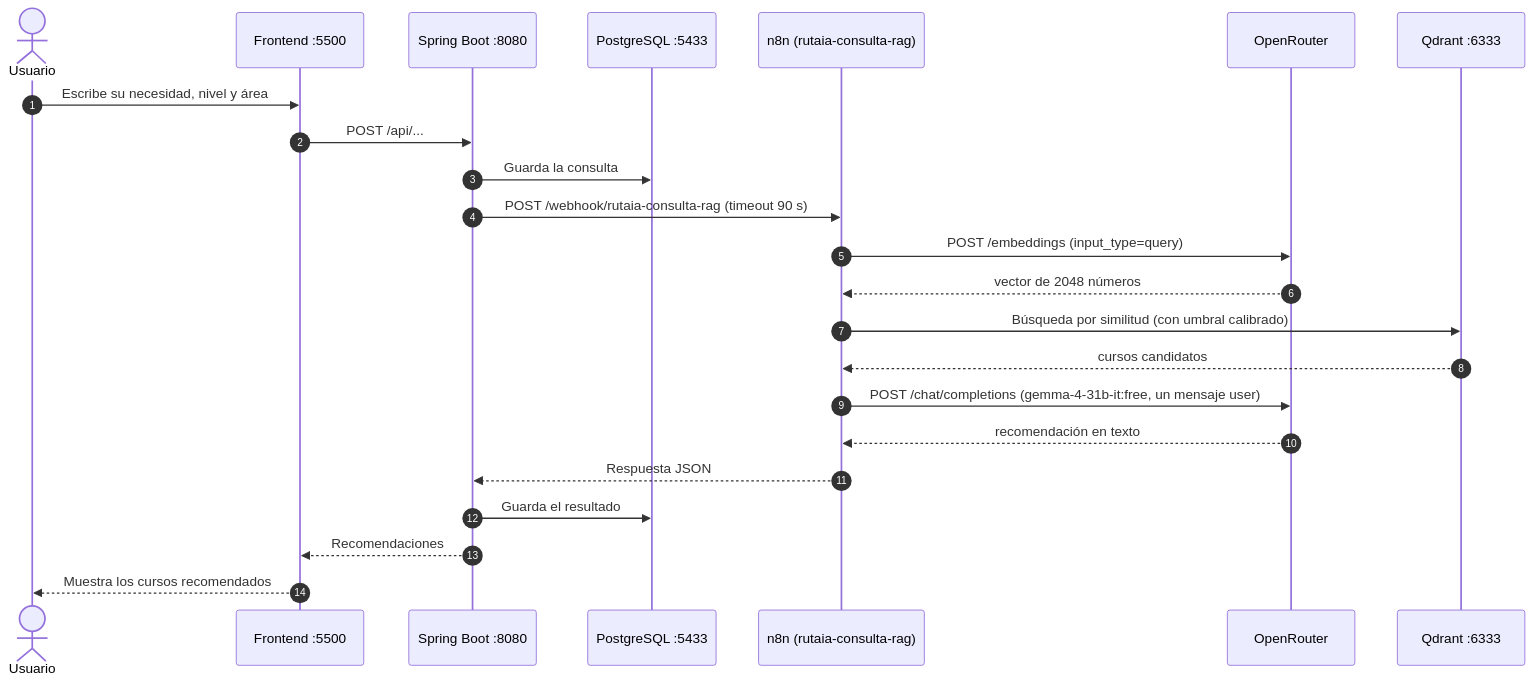
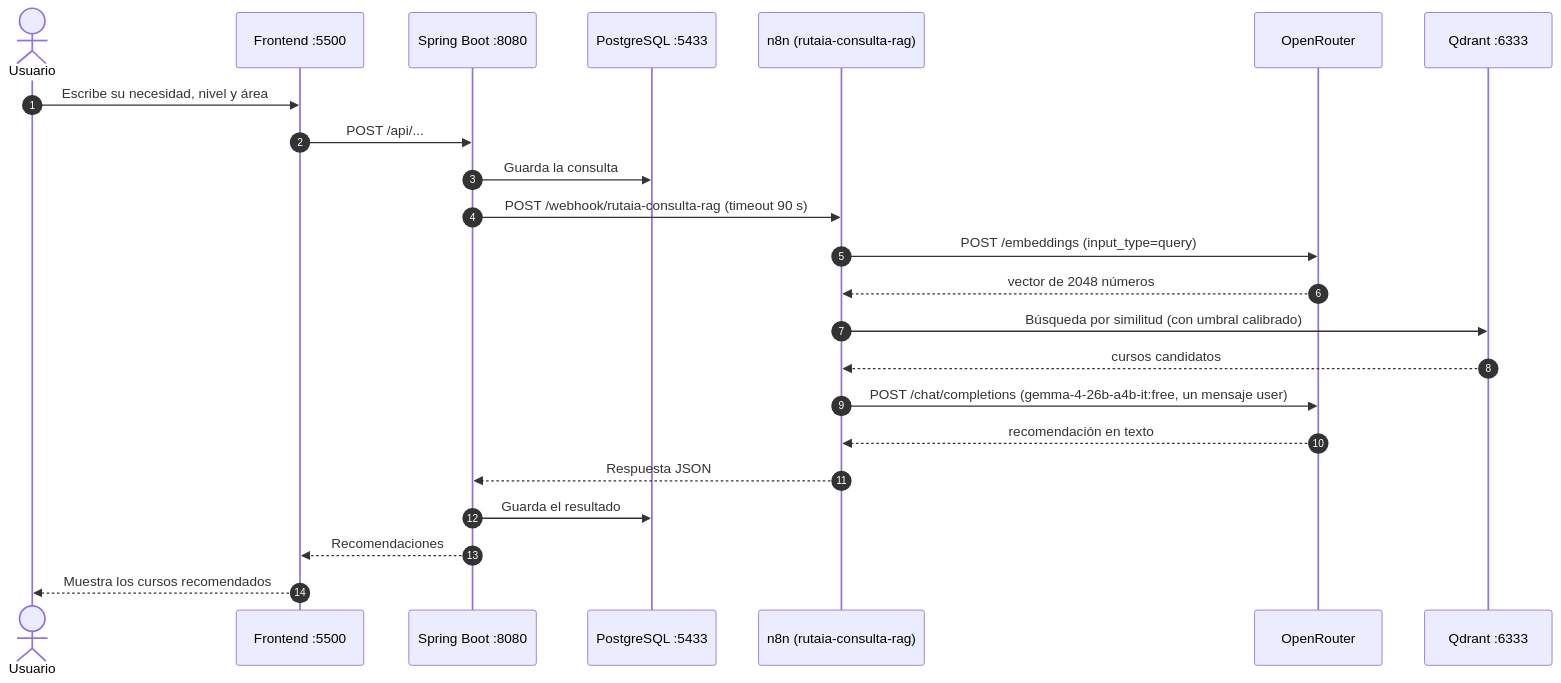
The second of 3 diagrams in docs/arquitectura.md (JeshuaPerez/RutIA), drawn with Mermaid before and after one commit. The commit also changed other lines of this file and 21 other files, not shown here.

````diff
--- a/docs/arquitectura.md
+++ b/docs/arquitectura.md
@@ -42,26 +42,26 @@
 ```mermaid
 sequenceDiagram
     autonumber
     actor U as Usuario
     participant FE as Frontend :5500
     participant API as Spring Boot :8080
     participant PG as PostgreSQL :5433
     participant N as n8n (rutaia-consulta-rag)
     participant OR as OpenRouter
     participant Q as Qdrant :6333
 
     U->>FE: Escribe su necesidad, nivel y área
     FE->>API: POST /api/...
     API->>PG: Guarda la consulta
     API->>N: POST /webhook/rutaia-consulta-rag (timeout 90 s)
     N->>OR: POST /embeddings (input_type=query)
     OR-->>N: vector de 2048 números
     N->>Q: Búsqueda por similitud (con umbral calibrado)
     Q-->>N: cursos candidatos
-    N->>OR: POST /chat/completions (gemma-4-31b-it:free, un mensaje user)
+    N->>OR: POST /chat/completions (gemma-4-26b-a4b-it:free, un mensaje user)
     OR-->>N: recomendación en texto
     N-->>API: Respuesta JSON
     API->>PG: Guarda el resultado
     API-->>FE: Recomendaciones
     FE-->>U: Muestra los cursos recomendados
 ```
````
